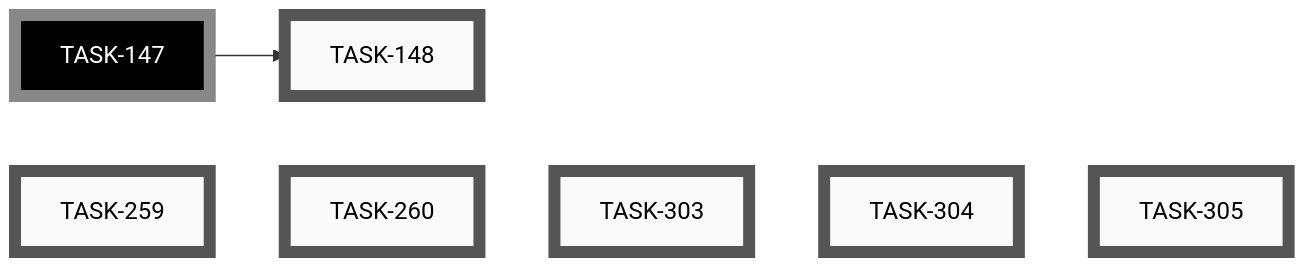
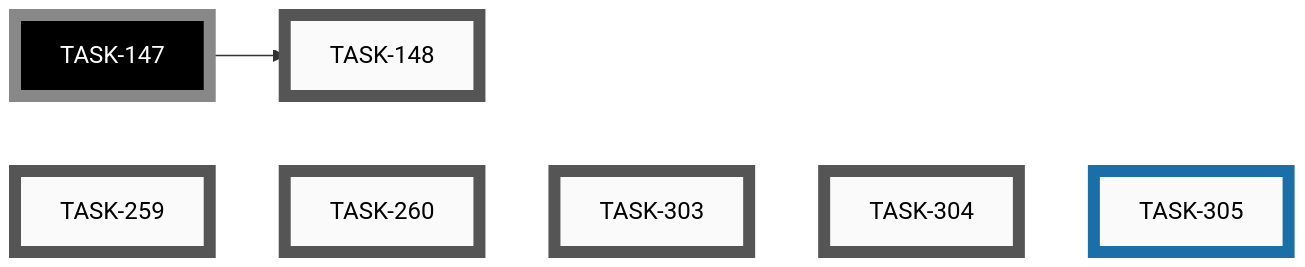
Before and after one commit to tgd1975/AwesomeStudioPedal: the sixth of 6 diagrams in docs/developers/tasks/EPICS.md, drawn with Mermaid. The commit also changed other lines of this file and 13 other files, not shown here.

````diff
--- a/docs/developers/tasks/EPICS.md
+++ b/docs/developers/tasks/EPICS.md
@@ -160,26 +209,26 @@
 ```mermaid
 graph LR
     TASK_148["TASK-148"]:::open
     TASK_259["TASK-259"]:::open
     TASK_260["TASK-260"]:::open
     TASK_303["TASK-303"]:::open
     TASK_304["TASK-304"]:::open
-    TASK_305["TASK-305"]:::open
+    TASK_305["TASK-305"]:::active
     TASK_147["TASK-147"]:::openExt
     TASK_147 --> TASK_148
     TASK_259 ~~~ TASK_260 ~~~ TASK_303 ~~~ TASK_304 ~~~ TASK_305
     click TASK_148 "open/task-148-reorganise-developer-documentation.md"
     click TASK_259 "open/task-259-android-app-test-protocol.md"
     click TASK_260 "open/task-260-unify-version-numbers-across-deliverables.md"
     click TASK_303 "open/task-303-simulator-boots-with-demo-loaded.md"
     click TASK_304 "open/task-304-simulator-button-no-hover-reaction.md"
-    click TASK_305 "open/task-305-add-category-field-to-ideas.md"
+    click TASK_305 "active/task-305-add-category-field-to-ideas.md"
     classDef open    fill:#FAFAFA,stroke:#555,stroke-width:8px,color:#000
     classDef active  fill:#FAFAFA,stroke:#1A6FA8,stroke-width:8px,color:#000
     classDef closed  fill:#FAFAFA,stroke:#3F8B53,stroke-width:8px,color:#000
     classDef paused  fill:#FAFAFA,stroke:#B07810,stroke-width:8px,color:#000
     classDef openExt    fill:#000,stroke:#888,stroke-width:8px,color:#FFF
     classDef activeExt  fill:#000,stroke:#3FA9F5,stroke-width:8px,color:#FFF
     classDef closedExt  fill:#000,stroke:#7CC68A,stroke-width:8px,color:#FFF
     classDef pausedExt  fill:#000,stroke:#F0B030,stroke-width:8px,color:#FFF
 ```
````
